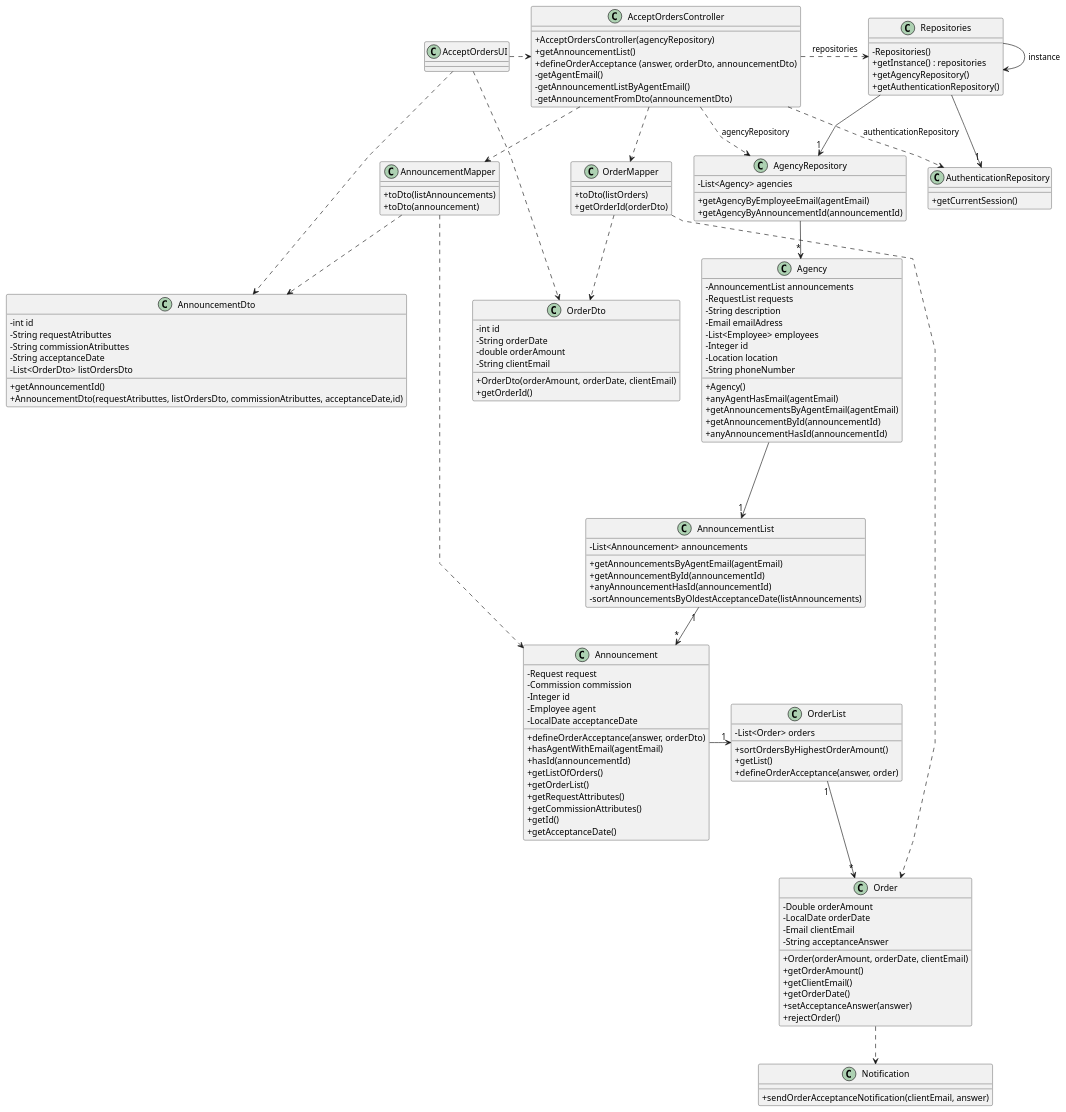
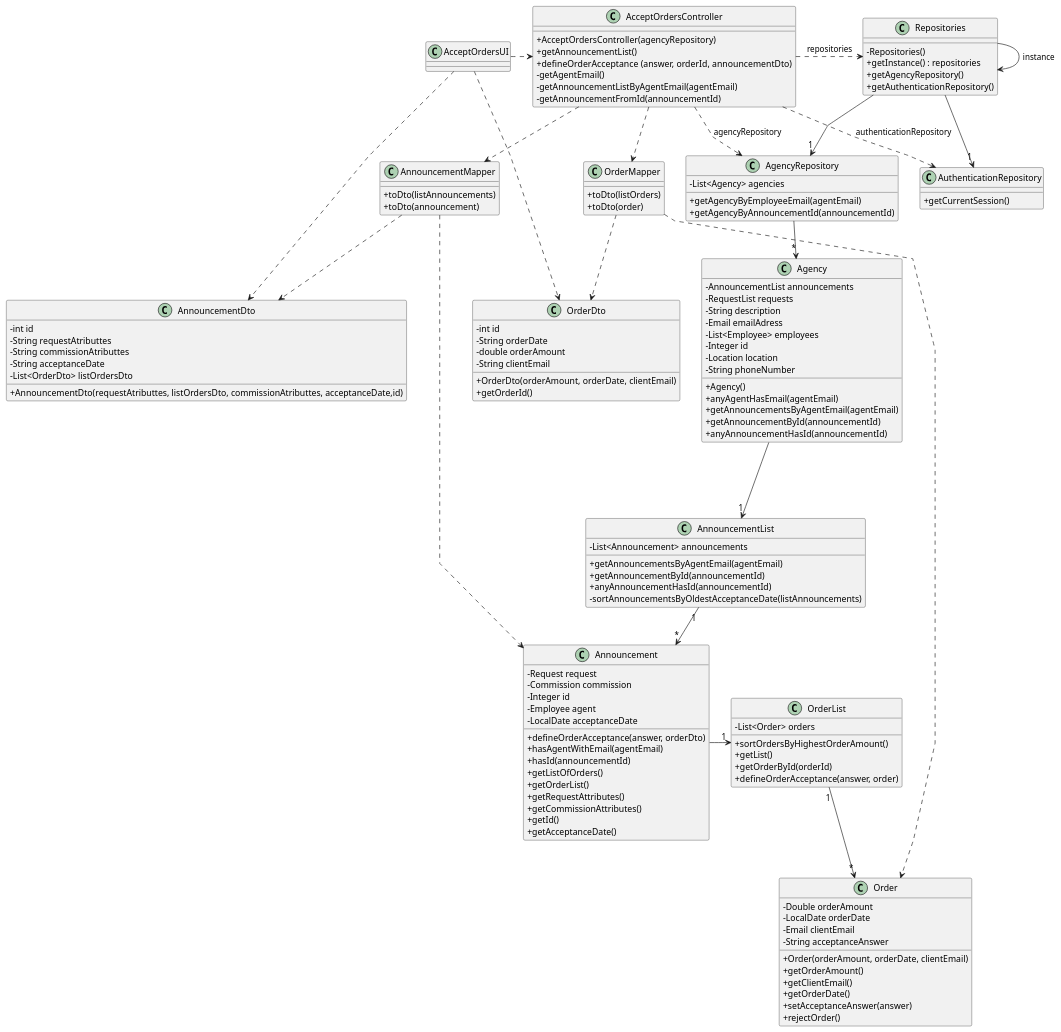
One commit to rita-barbosa/LAPR2-2223 changed the diagram in docs/sprintC/us011/03.design/puml/us011-class-diagram.puml. Above: the diagram before and after it, drawn with PlantUML. The commit also changed 10 other files, not shown here.

Commit message:
Update Sequence & Class diagram: final alterations [US011][Design][#01 & #05 Task]

```diff
--- a/docs/sprintC/us011/03.design/puml/us011-class-diagram.puml
+++ b/docs/sprintC/us011/03.design/puml/us011-class-diagram.puml
@@ -1,158 +1,154 @@
 @startuml
 'skinparam monochrome true
 skinparam packageStyle rectangle
 skinparam shadowing false
 skinparam linetype polyline
 'skinparam linetype orto
 
 skinparam classAttributeIconSize 0
 
-class Notification {
-+ sendOrderAcceptanceNotification(clientEmail, answer)
-}
 
 class Order {
     - Double orderAmount
     - LocalDate orderDate
     - Email clientEmail
     - String acceptanceAnswer
     + Order(orderAmount, orderDate, clientEmail)
     + getOrderAmount()
     + getClientEmail()
     + getOrderDate()
     + setAcceptanceAnswer(answer)
     + rejectOrder()
 }
 
 class OrderMapper {
     + toDto(listOrders)
-    + getOrderId(orderDto)
+    + toDto(order)
 }
 
 class OrderList {
     - List<Order> orders
     + sortOrdersByHighestOrderAmount()
     + getList()
+    + getOrderById(orderId)
     + defineOrderAcceptance(answer, order)
 }
 
 class OrderDto {
     - int id
     - String orderDate
     - double orderAmount
     - String clientEmail
     + OrderDto(orderAmount, orderDate, clientEmail)
     + getOrderId()
 }
 
 class Announcement {
     - Request request
     - Commission commission
     - Integer id
     - Employee agent
     - LocalDate acceptanceDate
     + defineOrderAcceptance(answer, orderDto)
     + hasAgentWithEmail(agentEmail)
     + hasId(announcementId)
     + getListOfOrders()
     + getOrderList()
     + getRequestAttributes()
     + getCommissionAttributes()
     + getId()
     + getAcceptanceDate()
 }
 
 class AnnouncementDto {
     - int id
     - String requestAtributtes
     - String commissionAtributtes
     - String acceptanceDate
     - List<OrderDto> listOrdersDto
-    + getAnnouncementId()
     + AnnouncementDto(requestAtributtes, listOrdersDto, commissionAtributtes, acceptanceDate,id)
 }
 
 class AnnouncementList {
     - List<Announcement> announcements
     + getAnnouncementsByAgentEmail(agentEmail)
     + getAnnouncementById(announcementId)
     + anyAnnouncementHasId(announcementId)
     - sortAnnouncementsByOldestAcceptanceDate(listAnnouncements)
 }
 
 class AnnouncementMapper {
     + toDto(listAnnouncements)
     + toDto(announcement)
 }
 
 class Agency {
     - AnnouncementList announcements
     - RequestList requests
     - String description
     - Email emailAdress
     - List<Employee> employees
     - Integer id
     - Location location
     - String phoneNumber
     + Agency()
     + anyAgentHasEmail(agentEmail)
     + getAnnouncementsByAgentEmail(agentEmail)
     + getAnnouncementById(announcementId)
     + anyAnnouncementHasId(announcementId)
 }
 
 class AgencyRepository {
     - List<Agency> agencies
     + getAgencyByEmployeeEmail(agentEmail)
     + getAgencyByAnnouncementId(announcementId)
 }
 class AuthenticationRepository{
  + getCurrentSession()
 }
 
 class Repositories {
     - Repositories()
     + getInstance() : repositories
     + getAgencyRepository()
     + getAuthenticationRepository()
 
 }
 
 class AcceptOrdersController {
     + AcceptOrdersController(agencyRepository)
     + getAnnouncementList()
-    + defineOrderAcceptance (answer, orderDto, announcementDto)
+    + defineOrderAcceptance (answer, orderId, announcementDto)
     - getAgentEmail()
-    - getAnnouncementListByAgentEmail()
-    - getAnnouncementFromDto(announcementDto)
+    - getAnnouncementListByAgentEmail(agentEmail)
+    - getAnnouncementFromId(announcementId)
 }
 
 
 class AcceptOrdersUI {
 }
 
 Repositories -> Repositories : instance
 
 AcceptOrdersUI .> AcceptOrdersController
 AcceptOrdersController .> Repositories : repositories
 AcceptOrdersController .-> AgencyRepository : agencyRepository
 AcceptOrdersController .-> AuthenticationRepository :  authenticationRepository
 AcceptOrdersController .-> AnnouncementMapper
 AnnouncementMapper .-> AnnouncementDto
 AnnouncementMapper .> Announcement
 AcceptOrdersController .-> OrderMapper
 OrderMapper .-> OrderDto
 OrderMapper.> Order
 AcceptOrdersUI .> AnnouncementDto
 AcceptOrdersUI .> OrderDto
 Repositories --> "1" AuthenticationRepository
 Repositories --> "1" AgencyRepository
 AgencyRepository --> "*" Agency
 Agency ---> "1" AnnouncementList
 AnnouncementList "1" --> "*" Announcement
 Announcement -> "1" OrderList
 OrderList "1" --> "*" Order
-Order .-> Notification
 
 
 @enduml
```
